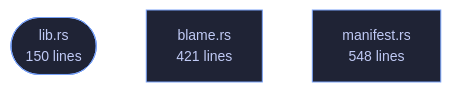
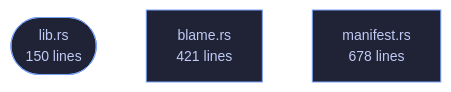
The diagram in crates/veilvoice-guard/README.md (tilas01/veilvoice), drawn with Mermaid before and after one commit. The commit also changed other lines of this file and 81 other files, not shown here.

````diff
--- a/crates/veilvoice-guard/README.md
+++ b/crates/veilvoice-guard/README.md
@@ -103,10 +103,10 @@
 ```mermaid
 %%{init: {"theme":"base","themeVariables":{"background":"#1a1b26","primaryColor":"#1f2335","primaryTextColor":"#c0caf5","primaryBorderColor":"#7aa2f7","secondaryColor":"#16161e","tertiaryColor":"#16161e","lineColor":"#737aa2","textColor":"#c0caf5","mainBkg":"#1f2335","nodeBorder":"#7aa2f7","clusterBkg":"#16161e","clusterBorder":"#2f3549","fontFamily":"ui-monospace, SFMono-Regular, Consolas, monospace","fontSize":"14px"}}}%%
 flowchart TD
     n_lib(["lib.rs<br/>150 lines"])
     n_blame["blame.rs<br/>421 lines"]
-    n_manifest["manifest.rs<br/>548 lines"]
+    n_manifest["manifest.rs<br/>678 lines"]
     click n_lib href "https://github.com/tilas01/veilvoice/blob/main/crates/veilvoice-guard/src/lib.rs" "open the source"
     click n_blame href "https://github.com/tilas01/veilvoice/blob/main/crates/veilvoice-guard/src/blame.rs" "open the source"
     click n_manifest href "https://github.com/tilas01/veilvoice/blob/main/crates/veilvoice-guard/src/manifest.rs" "open the source"
 ```
````
